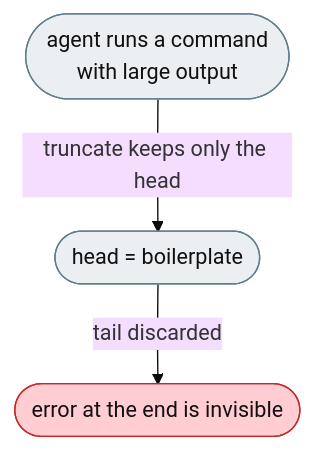
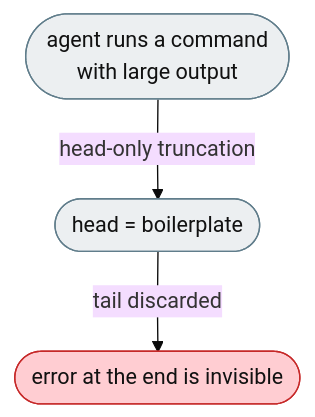
One commit to michaelatamuk/agentic-desk changed the first of 4 diagrams in docs-michael/issues/jiuwenswarm/0334-feat-bash-output-head-tail.md. Above: the diagram before and after it, drawn with Mermaid (base theme). The commit also changed other lines of this file and 2 other files, not shown here.

````diff
--- a/docs-michael/issues/jiuwenswarm/0334-feat-bash-output-head-tail.md
+++ b/docs-michael/issues/jiuwenswarm/0334-feat-bash-output-head-tail.md
@@ -14,8 +19,8 @@
 ```mermaid
 flowchart TD
     classDef fail fill:#FFCDD2,color:#111,stroke:#C62828
     classDef plain fill:#ECEFF1,color:#111,stroke:#607D8B
     CMD(["agent runs a command<br/>with large output"]):::plain
-    CMD -->|"truncate keeps only the head"| HEAD(["head = boilerplate"]):::plain
+    CMD -->|"head-only truncation"| HEAD(["head = boilerplate"]):::plain
     HEAD -->|"tail discarded"| MISS(["error at the end is invisible"]):::fail
 ```
````
